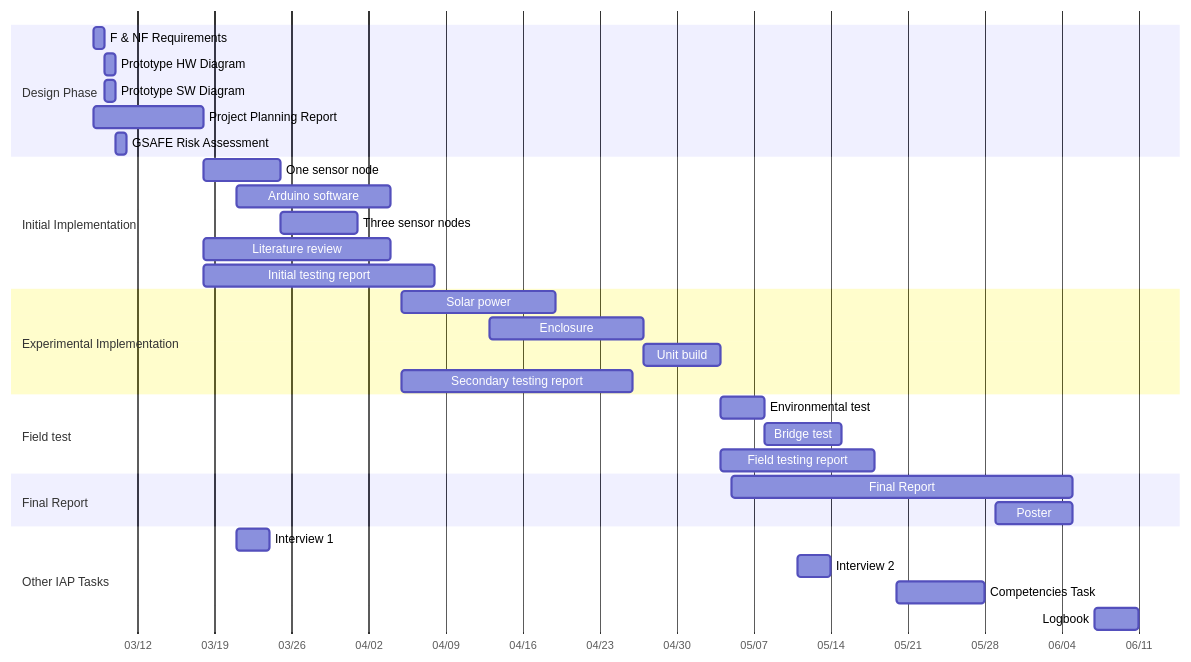
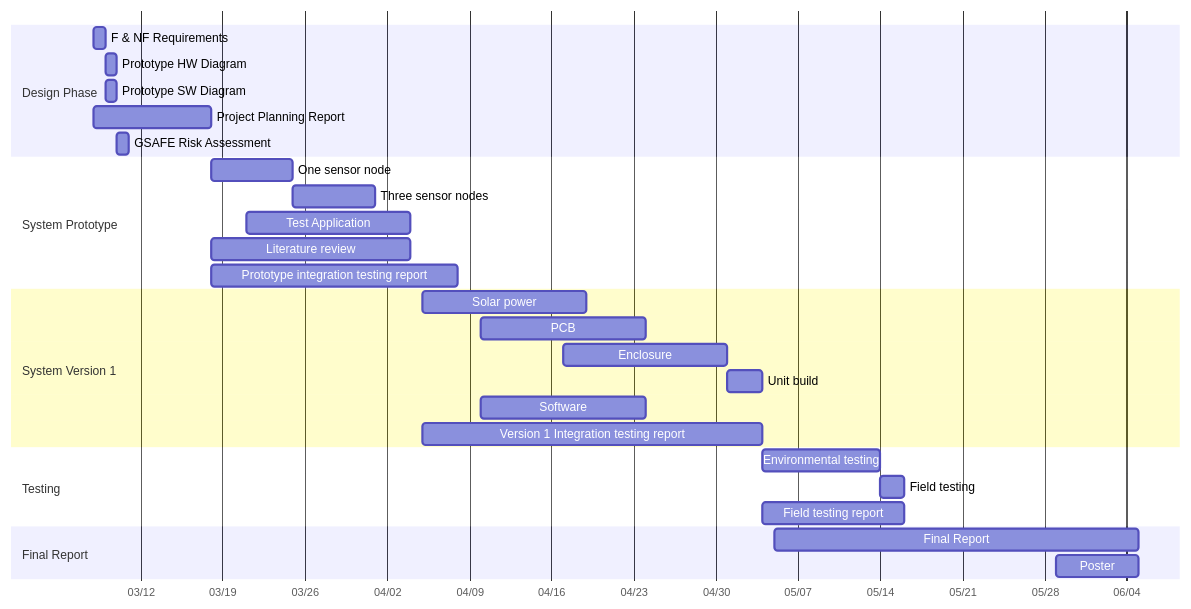
One commit to JessyBarber/Jessy-Thesis changed the diagram in Thesis Notebook/Prototype/Documentation/Timeline.md. Above: the diagram before and after it, drawn with Mermaid. The commit also changed 63 other files, not shown here.

````diff
--- a/Thesis Notebook/Prototype/Documentation/Timeline.md
+++ b/Thesis Notebook/Prototype/Documentation/Timeline.md
@@ -1,33 +1,30 @@
 ```mermaid
 gantt
 	axisFormat %m/%d
 	Section Design Phase
 		F & NF Requirements : 2023-3-8, 1d
 		Prototype HW Diagram : 2023-3-9, 1d
 		Prototype SW Diagram : 2023-3-9, 1d
 		Project Planning Report: 2023-3-8, 10d
 		GSAFE Risk Assessment: 2023-3-10, 1d
-	Section Initial Implementation
+	Section System Prototype
 		One sensor node : 2023-3-18, 7d
-		Arduino software : 2023-3-21, 14d
 		Three sensor nodes : 2023-3-25, 7d
+		Test Application : 2023-3-21, 14d
 		Literature review : 2023-3-18, 17d
-		Initial testing report : 2023-3-18, 21d
-	Section Experimental Implementation
+		Prototype integration testing report : 2023-3-18, 21d
+	Section System Version 1
 		Solar power : 2023-4-5, 14d
-		Enclosure : 2023-4-13, 14d
-		Unit build : 2023-4-27, 7d
-		Secondary testing report : 2023-4-5, 21d
-	Section Field test
-		Environmental test : 2023-5-4, 4d
-		Bridge test : 2023-5-8, 7d
-		Field testing report : 2023-5-4, 14d
+		PCB : 2023-4-10, 14d
+		Enclosure : 2023-4-17, 14d
+		Unit build : 2023-5-1, 3d
+		Software : 2023-4-10, 14d
+		Version 1 Integration testing report : 2023-4-5, 29d
+	Section Testing
+		Environmental testing : 2023-5-4, 10d
+		Field testing : 2023-5-14, 2d
+		Field testing report : 2023-5-4, 12d
 	Section Final Report
 		Final Report : 2023-5-5, 31d
 		Poster : 2023-5-29, 7d
-	Section Other IAP Tasks
-		Interview 1 : 2023-3-21, 3d
-		Interview 2 : 2023-5-11, 3d
-		Competencies Task : 2023-5-20, 8d
-		Logbook : 2023-6-7, 4d
 ```
````
